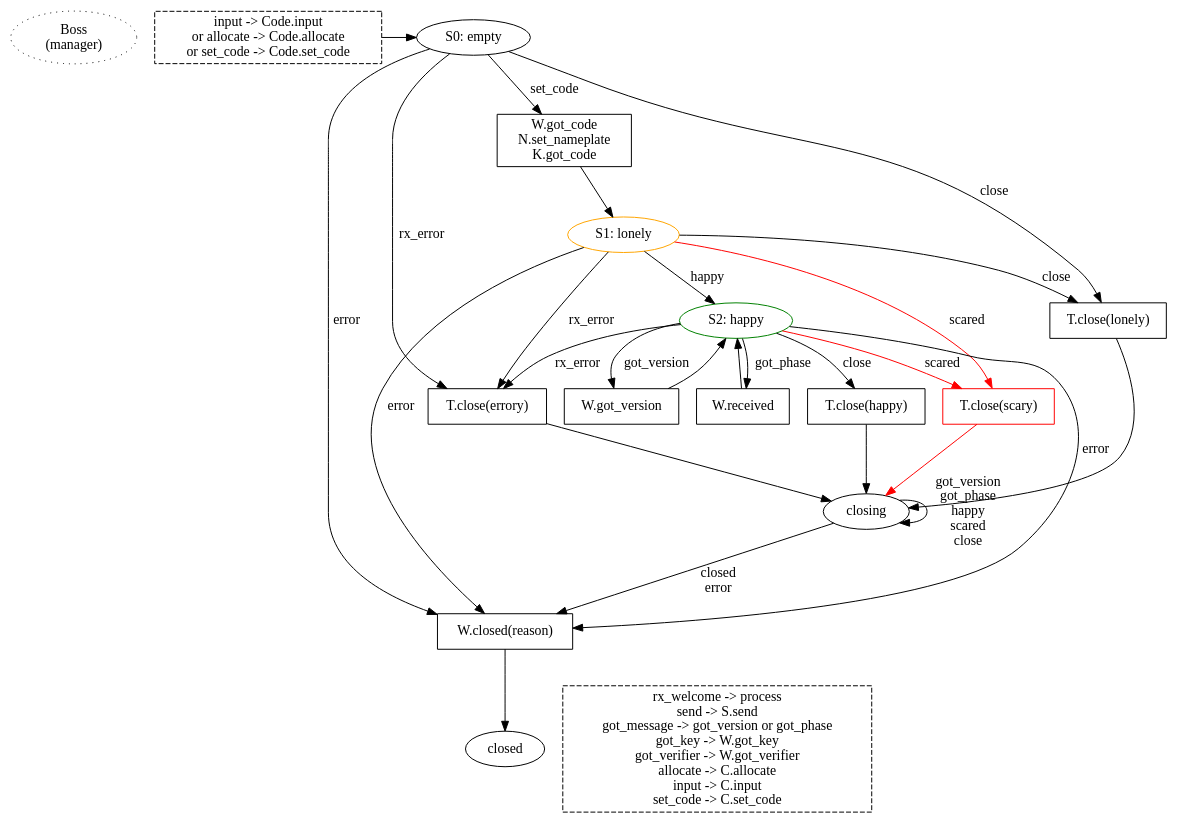
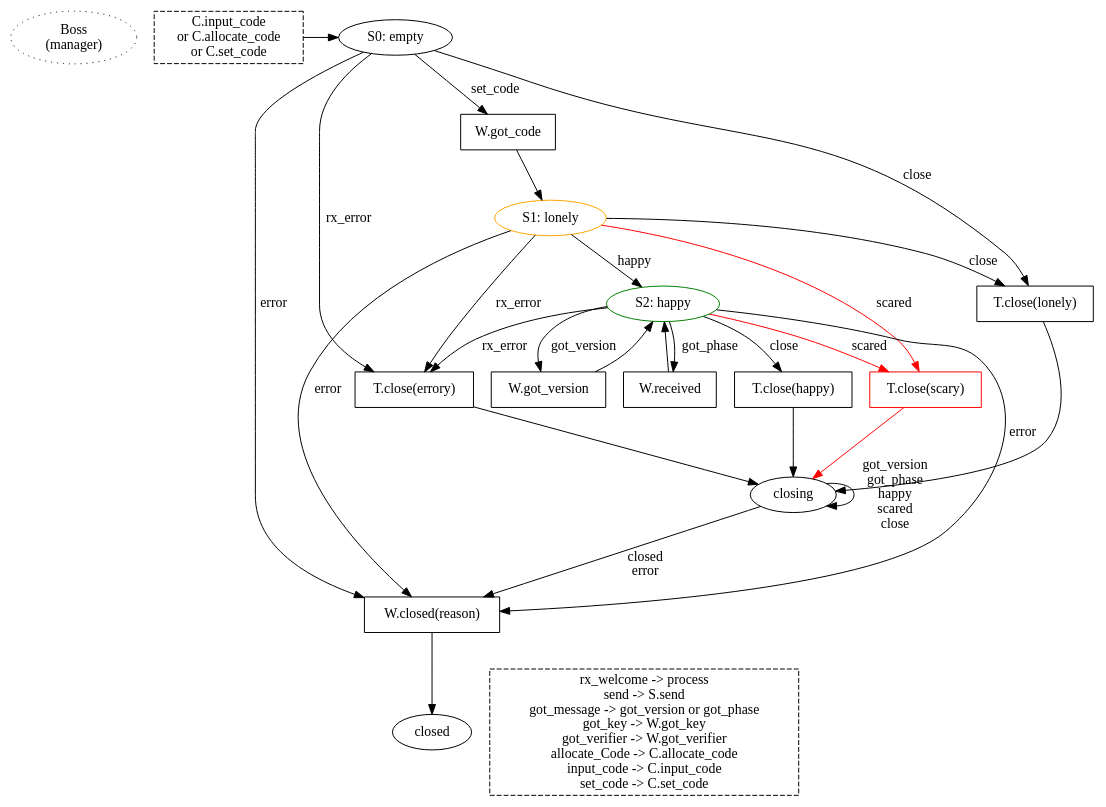
One commit to magic-wormhole/magic-wormhole changed the diagram in docs/state-machines/boss.dot. Above: the diagram before and after it, drawn with Graphviz. The commit also changed 12 other files, not shown here.

```diff
--- a/docs/state-machines/boss.dot
+++ b/docs/state-machines/boss.dot
@@ -1,74 +1,74 @@
 digraph {
 
         /* could shave a RTT by committing to the nameplate early, before
         finishing the rest of the code input. While the user is still
         typing/completing the code, we claim the nameplate, open the mailbox,
         and retrieve the peer's PAKE message. Then as soon as the user
         finishes entering the code, we build our own PAKE message, send PAKE,
         compute the key, send VERSION. Starting from the Return, this saves
         two round trips. OTOH it adds consequences to hitting Tab. */
 
         start [label="Boss\n(manager)" style="dotted"]
 
         {rank=same; P0_code S0}
         P0_code [shape="box" style="dashed"
-                 label="input -> Code.input\n or allocate -> Code.allocate\n or set_code -> Code.set_code"]
+                 label="C.input_code\n or C.allocate_code\n or C.set_code"]
         P0_code -> S0
         S0 [label="S0: empty"]
         S0 -> P0_build [label="set_code"]
 
         S0 -> P_close_error [label="rx_error"]
         P_close_error [shape="box" label="T.close(errory)"]
         P_close_error -> S_closing
         S0 -> P_close_lonely [label="close"]
 
-        P0_build [shape="box" label="W.got_code\nN.set_nameplate\nK.got_code"]
+        P0_build [shape="box" label="W.got_code"]
         P0_build -> S1
         S1 [label="S1: lonely" color="orange"]
 
         S1 -> S2 [label="happy"]
 
         S1 -> P_close_error [label="rx_error"]
         S1 -> P_close_scary [label="scared" color="red"]
         S1 -> P_close_lonely [label="close"]
         P_close_lonely [shape="box" label="T.close(lonely)"]
         P_close_lonely -> S_closing
 
         P_close_scary [shape="box" label="T.close(scary)" color="red"]
         P_close_scary -> S_closing [color="red"]
 
         S2 [label="S2: happy" color="green"]
         S2 -> P2_close [label="close"]
         P2_close [shape="box" label="T.close(happy)"]
         P2_close -> S_closing
 
         S2 -> P2_got_phase [label="got_phase"]
         P2_got_phase [shape="box" label="W.received"]
         P2_got_phase -> S2
 
         S2 -> P2_got_version [label="got_version"]
         P2_got_version [shape="box" label="W.got_version"]
         P2_got_version -> S2
 
         S2 -> P_close_error [label="rx_error"]
         S2 -> P_close_scary [label="scared" color="red"]
 
         S_closing [label="closing"]
         S_closing -> P_closed [label="closed\nerror"]
         S_closing -> S_closing [label="got_version\ngot_phase\nhappy\nscared\nclose"]
 
         P_closed [shape="box" label="W.closed(reason)"]
         P_closed -> S_closed
         S_closed [label="closed"]
 
         S0 -> P_closed [label="error"]
         S1 -> P_closed [label="error"]
         S2 -> P_closed [label="error"]
 
         {rank=same; Other S_closed}
         Other [shape="box" style="dashed"
-               label="rx_welcome -> process\nsend -> S.send\ngot_message -> got_version or got_phase\ngot_key -> W.got_key\ngot_verifier -> W.got_verifier\nallocate -> C.allocate\ninput -> C.input\nset_code -> C.set_code"
+               label="rx_welcome -> process\nsend -> S.send\ngot_message -> got_version or got_phase\ngot_key -> W.got_key\ngot_verifier -> W.got_verifier\nallocate_Code -> C.allocate_code\ninput_code -> C.input_code\nset_code -> C.set_code"
                ]
 
 
 }
```
